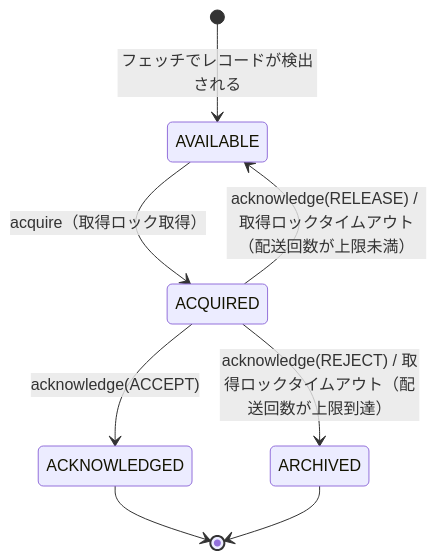
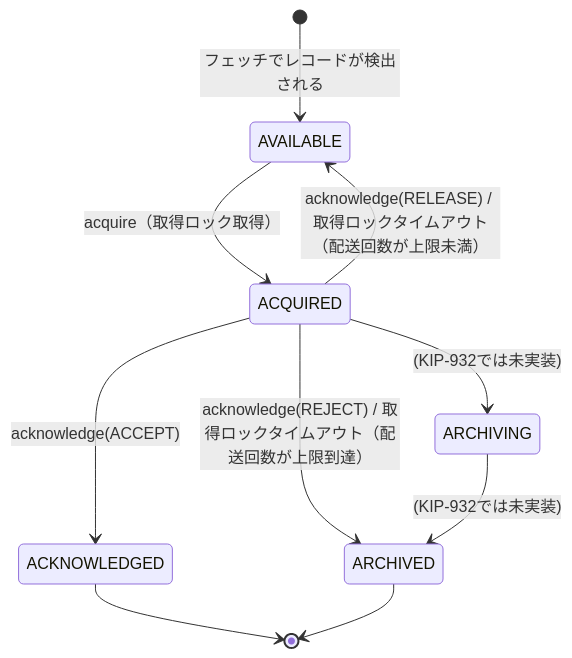
The diagram in kafka/part07-txn-share/24-share-coordinator.md (miyamadoKL/source-code-reading), drawn with Mermaid before and after one commit. The commit also changed other lines of this file and 18 other files, not shown here.

````diff
--- a/kafka/part07-txn-share/24-share-coordinator.md
+++ b/kafka/part07-txn-share/24-share-coordinator.md
@@ -492,10 +503,12 @@
 ```mermaid
 stateDiagram-v2
     [*] --> AVAILABLE: フェッチでレコードが検出される
     AVAILABLE --> ACQUIRED: acquire（取得ロック取得）
     ACQUIRED --> AVAILABLE: acknowledge(RELEASE) / 取得ロックタイムアウト（配送回数が上限未満）
     ACQUIRED --> ACKNOWLEDGED: acknowledge(ACCEPT)
     ACQUIRED --> ARCHIVED: acknowledge(REJECT) / 取得ロックタイムアウト（配送回数が上限到達）
+    ACQUIRED --> ARCHIVING: (KIP-932では未実装)
+    ARCHIVING --> ARCHIVED: (KIP-932では未実装)
     ACKNOWLEDGED --> [*]
     ARCHIVED --> [*]
 ```
````
